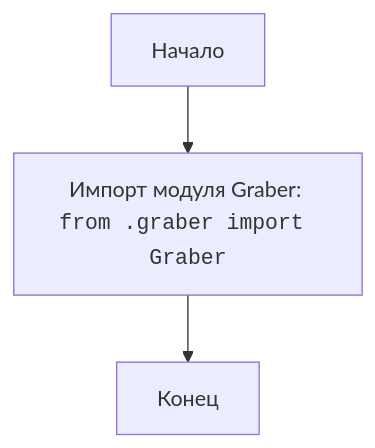
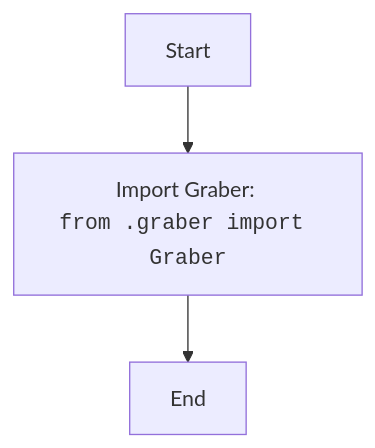
Before and after one commit to hypo69/hypo: the diagram in docs/gemini/ru/explainer/src/suppliers/kualastyle/__init__.py.md, drawn with Mermaid. The commit also changed other lines of this file and 1505 other files, not shown here.

````diff
--- a/docs/gemini/ru/explainer/src/suppliers/kualastyle/__init__.py.md
+++ b/docs/gemini/ru/explainer/src/suppliers/kualastyle/__init__.py.md
@@ -10,5 +11,5 @@
 ```mermaid
 flowchart TD
-    Start[Начало] --> ImportGraber[Импорт модуля Graber: <br><code>from .graber import Graber</code>]
-    ImportGraber --> End[Конец]
+    Start --> ImportGraber[Import Graber: <br><code>from .graber import Graber</code>]
+    ImportGraber --> End
 ```
````
